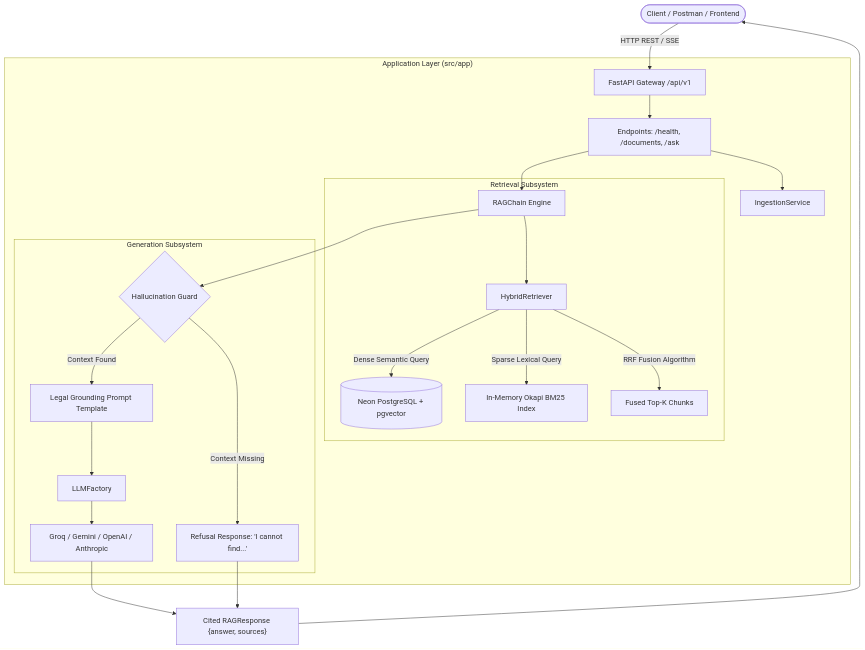
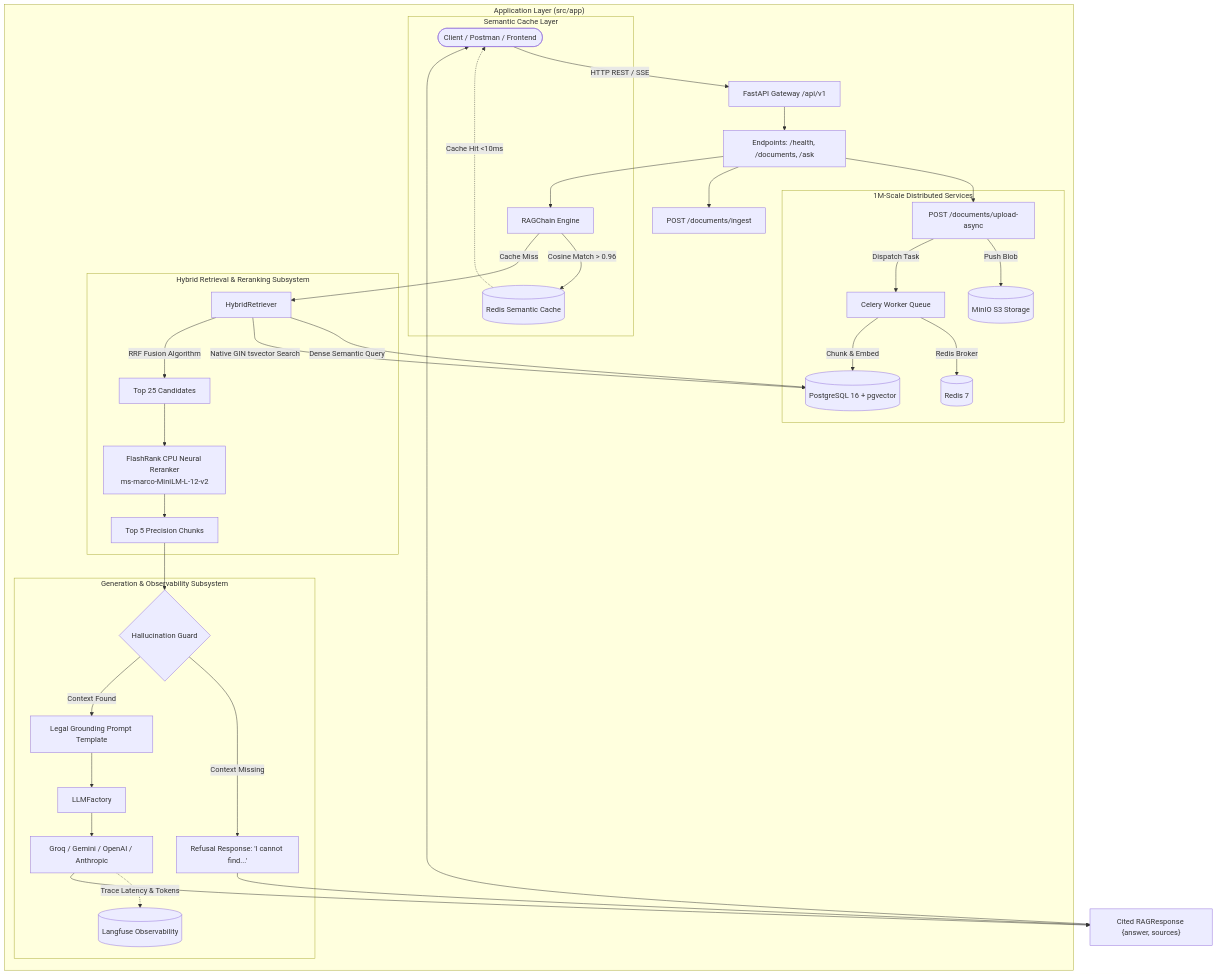
The first of 3 diagrams in README.md (PPC2001/legal-rag-intelligence), drawn with Mermaid before and after one commit. The commit also changed other lines of this file, not shown here.

Commit message:
docs: update README with 1M-document FOSS architecture and sanitize docker-compose

````diff
--- a/README.md
+++ b/README.md
@@ -78,29 +88,45 @@
 ```mermaid
 flowchart TD
     User([Client / Postman / Frontend]) -->|HTTP REST / SSE| API[FastAPI Gateway /api/v1]
     
     subgraph "Application Layer (src/app)"
         API --> Endpoints["Endpoints: /health, /documents, /ask"]
         Endpoints --> RAG[RAGChain Engine]
-        Endpoints --> Ingest[IngestionService]
+        Endpoints --> AsyncIngest[POST /documents/upload-async]
+        Endpoints --> SyncIngest[POST /documents/ingest]
         
-        subgraph "Retrieval Subsystem"
-            RAG --> Hybrid[HybridRetriever]
-            Hybrid -->|Dense Semantic Query| PGV[(Neon PostgreSQL + pgvector)]
-            Hybrid -->|Sparse Lexical Query| BM25[In-Memory Okapi BM25 Index]
-            Hybrid -->|RRF Fusion Algorithm| RankedDocs[Fused Top-K Chunks]
+        subgraph "1M-Scale Distributed Services"
+            AsyncIngest -->|Push Blob| S3[(MinIO S3 Storage)]
+            AsyncIngest -->|Dispatch Task| Celery[Celery Worker Queue]
+            Celery -->|Redis Broker| Redis[(Redis 7)]
+            Celery -->|Chunk & Embed| PGV[(PostgreSQL 16 + pgvector)]
         end
 
-        subgraph "Generation Subsystem"
-            RAG --> Guard{Hallucination Guard}
+        subgraph "Semantic Cache Layer"
+            RAG -->|Cosine Match > 0.96| Cache[(Redis Semantic Cache)]
+            Cache -.->|Cache Hit <10ms| User
+        end
+        
+        subgraph "Hybrid Retrieval & Reranking Subsystem"
+            RAG -->|Cache Miss| Hybrid[HybridRetriever]
+            Hybrid -->|Dense Semantic Query| PGV
+            Hybrid -->|Native GIN tsvector Search| PGV
+            Hybrid -->|RRF Fusion Algorithm| Candidates[Top 25 Candidates]
+            Candidates --> FlashRank[FlashRank CPU Neural Reranker\nms-marco-MiniLM-L-12-v2]
+            FlashRank --> RankedDocs[Top 5 Precision Chunks]
+        end
+
+        subgraph "Generation & Observability Subsystem"
+            RankedDocs --> Guard{Hallucination Guard}
             Guard -->|Context Missing| Refusal["Refusal Response: 'I cannot find...'"]
             Guard -->|Context Found| Prompt[Legal Grounding Prompt Template]
             Prompt --> Factory[LLMFactory]
             Factory --> Provider[Groq / Gemini / OpenAI / Anthropic]
+            Provider -.->|Trace Latency & Tokens| Langfuse[(Langfuse Observability)]
         end
     end
 
     Provider --> Response["Cited RAGResponse {answer, sources}"]
     Refusal --> Response
     Response --> User
 ```
````
